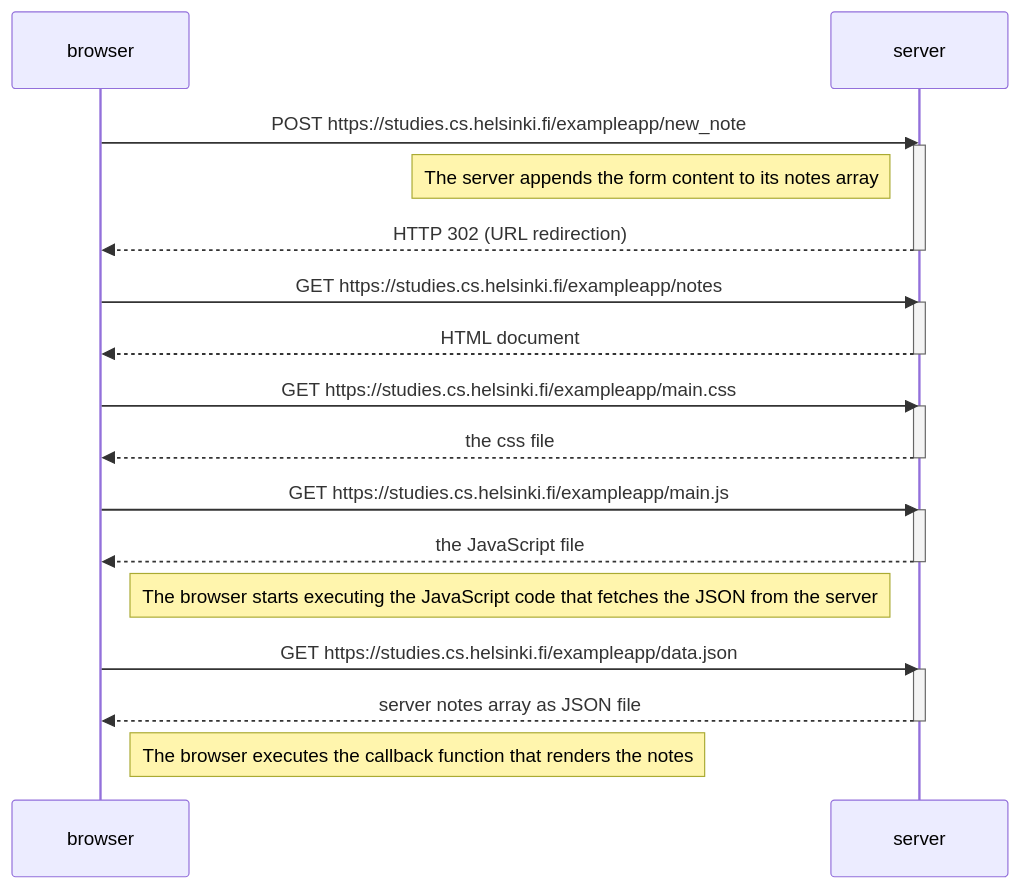
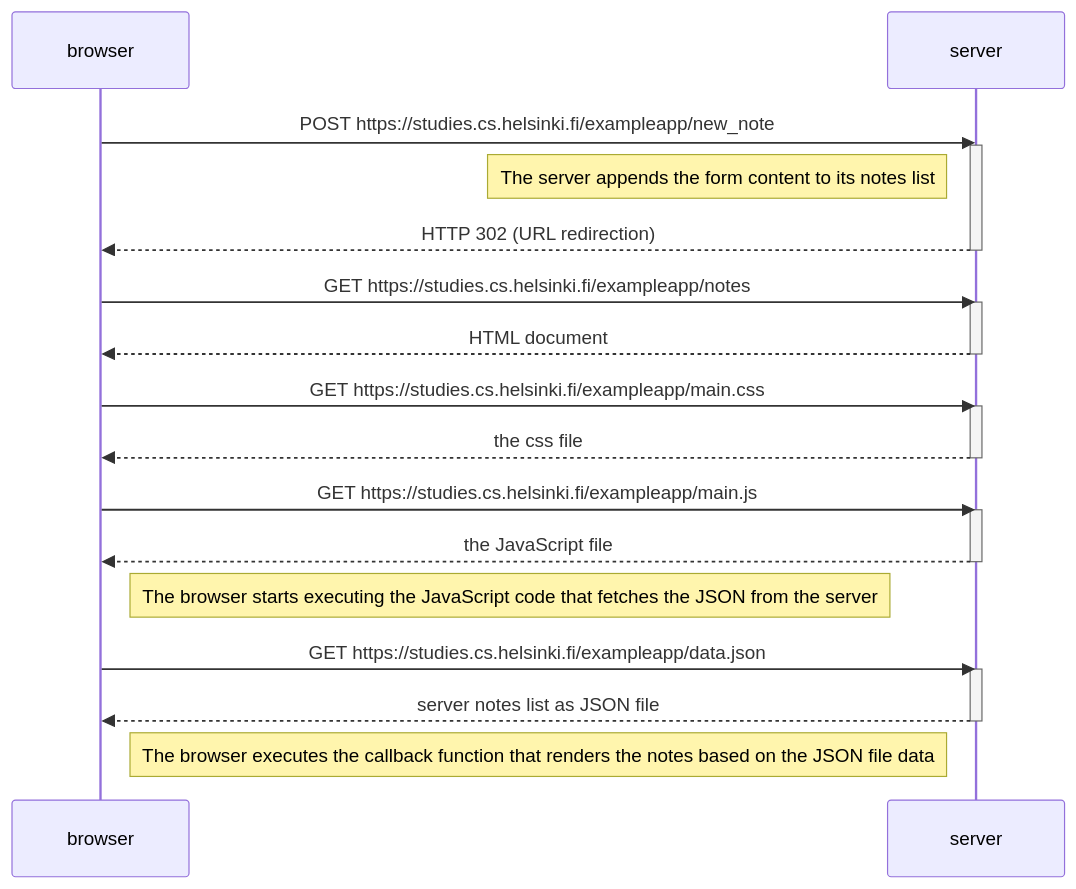
Before and after one commit to thomastoumasu/fullstack: the diagram in ex0_4.md, drawn with Mermaid.

````diff
--- a/ex0_4.md
+++ b/ex0_4.md
@@ -1,35 +1,35 @@
 ```mermaid
 sequenceDiagram
     participant browser
     participant server
 
     browser->>server: POST https://studies.cs.helsinki.fi/exampleapp/new_note
     activate server
-    Note left of server: The server appends the form content to its notes array
+    Note left of server: The server appends the form content to its notes list
     server-->>browser: HTTP 302 (URL redirection)
     deactivate server
 
     browser->>server: GET https://studies.cs.helsinki.fi/exampleapp/notes
     activate server
     server-->>browser: HTML document
     deactivate server
 
     browser->>server: GET https://studies.cs.helsinki.fi/exampleapp/main.css
     activate server
     server-->>browser: the css file
     deactivate server
 
     browser->>server: GET https://studies.cs.helsinki.fi/exampleapp/main.js
     activate server
     server-->>browser: the JavaScript file
     deactivate server
 
     Note right of browser: The browser starts executing the JavaScript code that fetches the JSON from the server
 
     browser->>server: GET https://studies.cs.helsinki.fi/exampleapp/data.json
     activate server
-    server-->>browser: server notes array as JSON file
+    server-->>browser: server notes list as JSON file
     deactivate server
 
-    Note right of browser: The browser executes the callback function that renders the notes
+    Note right of browser: The browser executes the callback function that renders the notes based on the JSON file data
 ```
````
